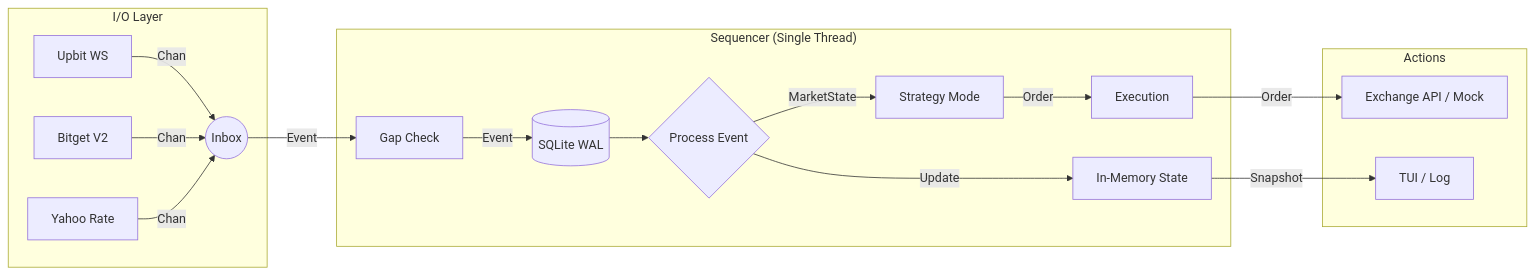
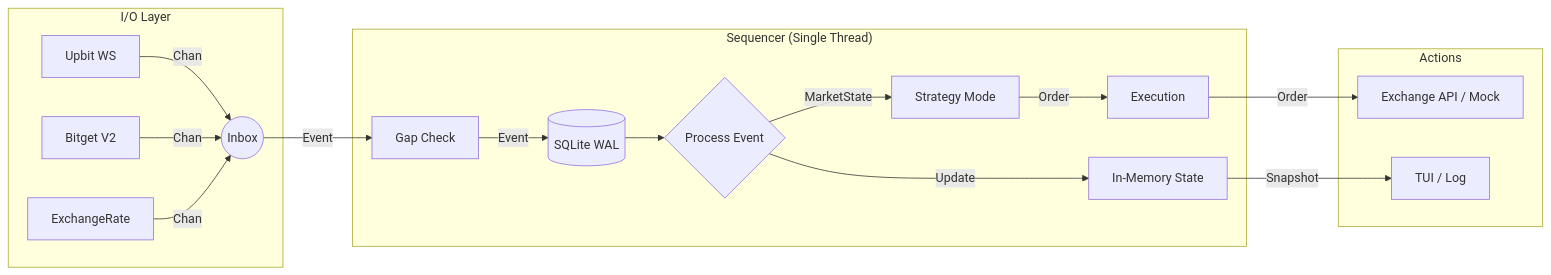
The diagram in README.md (chycee/cryptoGo), drawn with Mermaid before and after one commit. The commit also changed other lines of this file and 4 other files, not shown here.

````diff
--- a/README.md
+++ b/README.md
@@ -28,22 +28,22 @@
 ```mermaid
 graph LR
     subgraph Inputs ["I/O Layer"]
         UB[Upbit WS] -->|Chan| Inbox
         BG[Bitget V2] -->|Chan| Inbox
-        YH[Yahoo Rate] -->|Chan| Inbox
+        FX[ExchangeRate] -->|Chan| Inbox
     end
 
     subgraph Core ["Sequencer (Single Thread)"]
         Inbox((Inbox)) -->|Event| Check[Gap Check]
         Check -->|Event| WAL[(SQLite WAL)]
         WAL --> Logic{Process Event}
         Logic -->|MarketState| Strategy[Strategy Mode]
         Strategy -->|Order| Exec[Execution]
         Logic -->|Update| State[In-Memory State]
     end
 
     subgraph Output ["Actions"]
         Exec -->|Order| API[Exchange API / Mock]
         State -->|Snapshot| UI[TUI / Log]
     end
 ```
````
